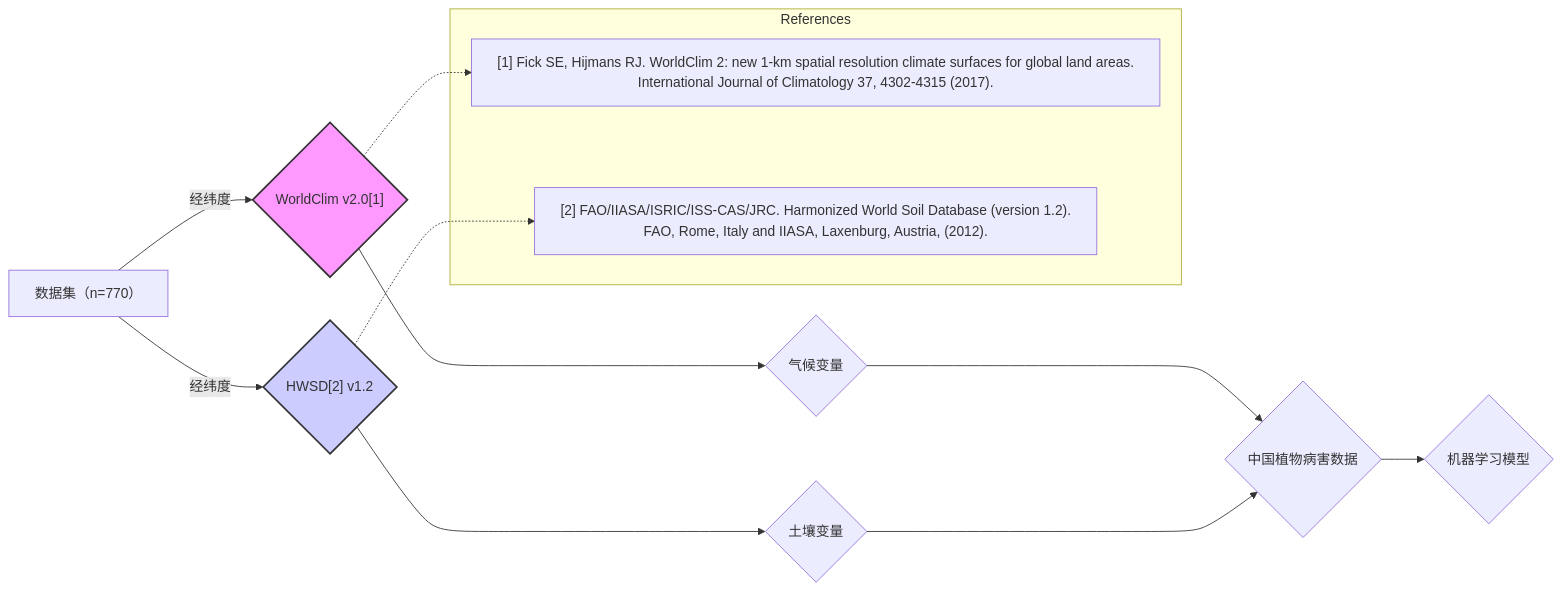
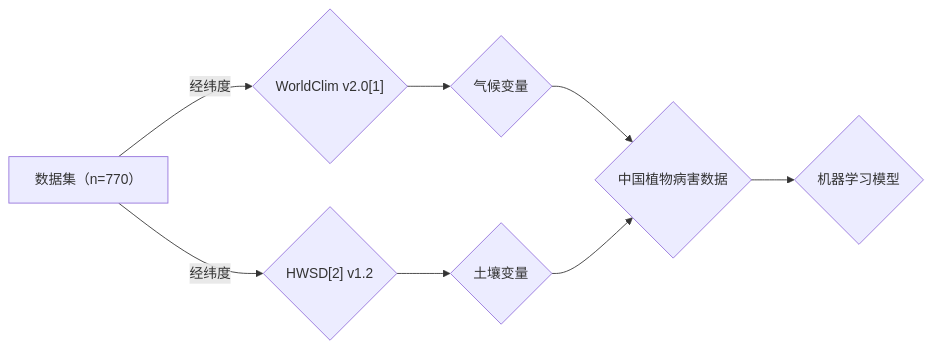
Before and after one commit to raoyongqi/plot: the diagram in flowchart.mmd, drawn with Mermaid. The commit also changed 7 other files, not shown here.

```diff
--- a/flowchart.mmd
+++ b/flowchart.mmd
@@ -1,30 +1,11 @@
 graph LR
-    A[数据集（n=770）] -->|经纬度| B{"WorldClim v2.0[1]"}:::ref1
-    A[数据集（n=770）] -->|经纬度| C{"HWSD[2] v1.2"}:::ref2
+    A[数据集（n=770）] -->|经纬度| B{"WorldClim v2.0[1]"}
+    A[数据集（n=770）] -->|经纬度| C{"HWSD[2] v1.2"}
 
     B --> D{"气候变量"}
     C --> E{"土壤变量"}
 
     D --> F{"中国植物病害数据"}
     E --> F{"中国植物病害数据"}
 
     F --> G{"机器学习模型"}
-
-    subgraph References
-        R1["[1] Fick SE, Hijmans RJ. WorldClim 2: new 1-km spatial resolution climate surfaces for global land areas.<br> International Journal of Climatology 37, 4302-4315 (2017)."]
-        R2["[2] FAO/IIASA/ISRIC/ISS-CAS/JRC. Harmonized World Soil Database (version 1.2).<br> FAO, Rome, Italy and IIASA, Laxenburg, Austria, (2012)."]
-    end
-
-    B -.-> R1
-    C -.-> R2
-
-    classDef ref1 fill:#f9f,stroke:#333,stroke-width:2px;
-    classDef ref2 fill:#ccf,stroke:#333,stroke-width:2px;
-
-    style R1 white-space:nowrap;
-    style R2 white-space:nowrap;
-
-
-    class R1,R2 reference;
-    
-    class reference fill:#f0f0f0,stroke:#000,stroke-width:2px; 
```
